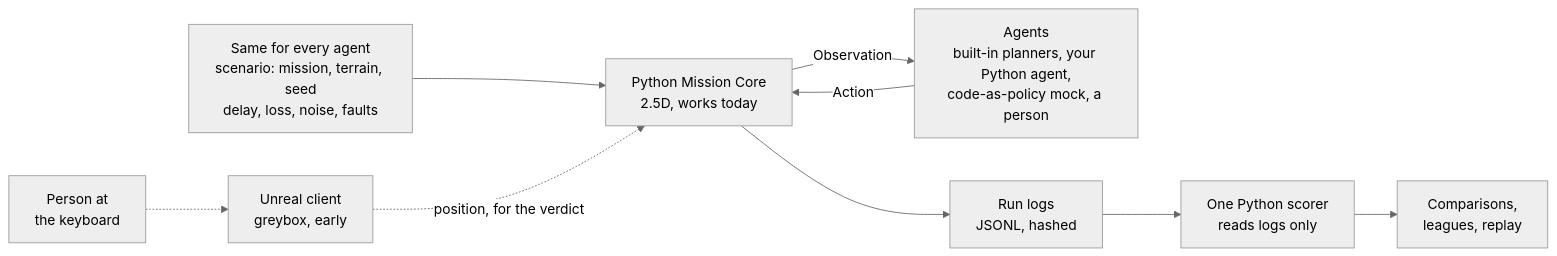
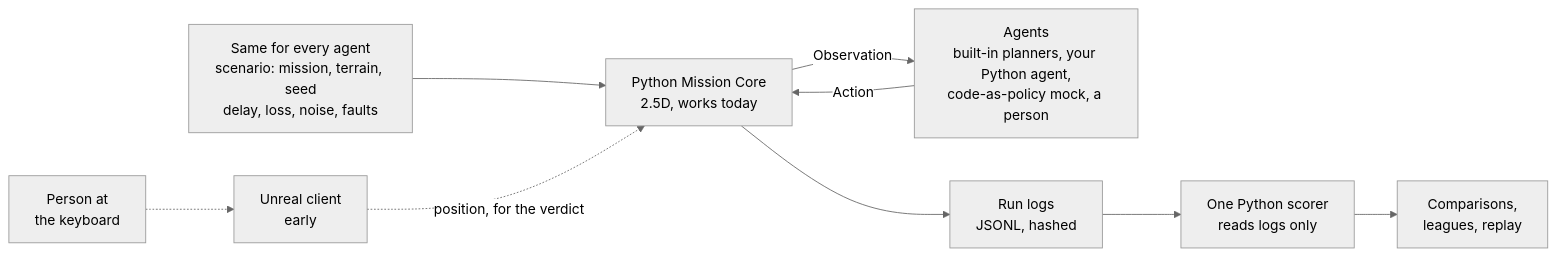
Before and after one commit to SayokoAkiike/Roverloom: the diagram in README.md, drawn with Mermaid (neutral theme). The commit also changed other lines of this file and 2 other files, not shown here.

````diff
--- a/README.md
+++ b/README.md
@@ -33,18 +44,18 @@
 ```mermaid
 flowchart LR
     inputs["Same for every agent<br/>scenario: mission, terrain, seed<br/>delay, loss, noise, faults"]
     agents["Agents<br/>built-in planners, your Python agent,<br/>code-as-policy mock, a person"]
     core["Python Mission Core<br/>2.5D, works today"]
     logs["Run logs<br/>JSONL, hashed"]
     score["One Python scorer<br/>reads logs only"]
     board["Comparisons,<br/>leagues, replay"]
     person["Person at<br/>the keyboard"]
-    unreal["Unreal client<br/>greybox, early"]
+    unreal["Unreal client<br/>early"]
 
     inputs --> core
     agents -- "Action" --> core
     core -- "Observation" --> agents
     core --> logs --> score --> board
     person -.-> unreal
     unreal -. "position, for the verdict" .-> core
 ```
````
